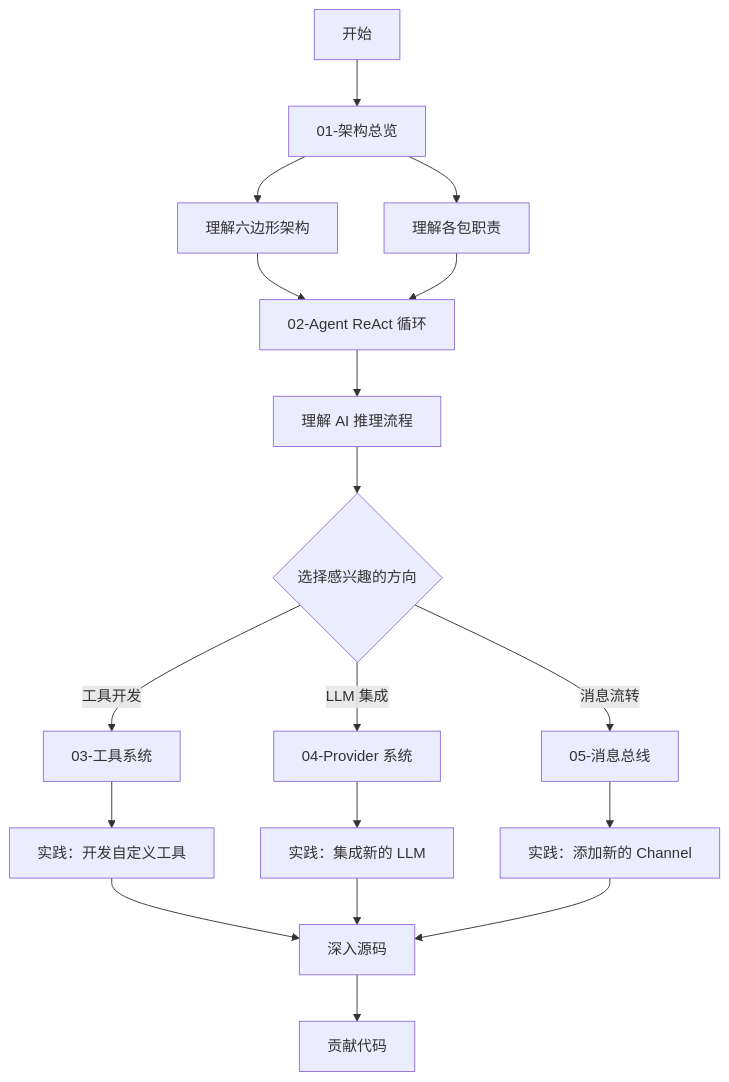
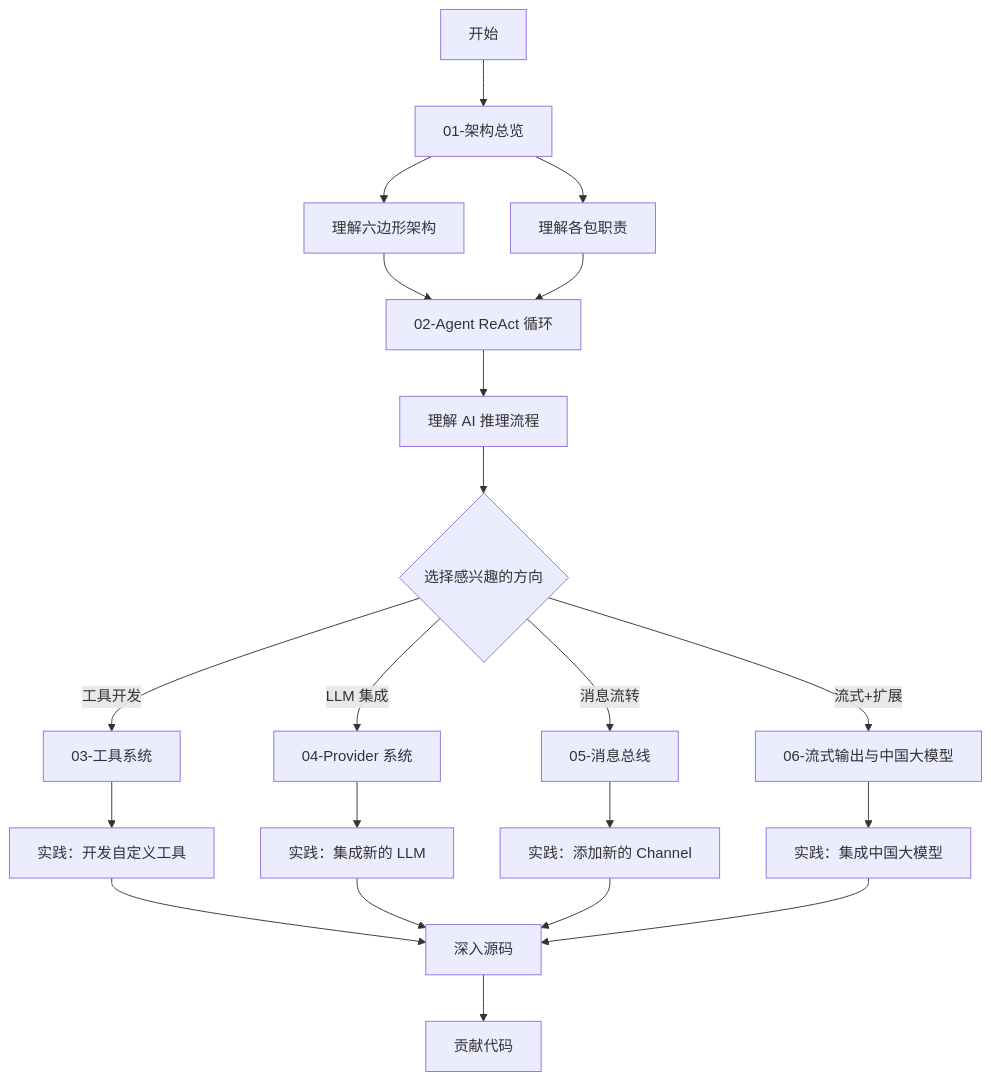
The diagram in docs/study/README.md (strings77wzq/unlimitedClaw), drawn with Mermaid before and after one commit. The commit also changed other lines of this file and 15 other files, not shown here.

````diff
--- a/docs/study/README.md
+++ b/docs/study/README.md
@@ -138,20 +144,23 @@
 ```mermaid
 graph TD
     A[开始] --> B[01-架构总览]
     B --> C[理解六边形架构]
     B --> D[理解各包职责]
     C --> E[02-Agent ReAct 循环]
     D --> E
     E --> F[理解 AI 推理流程]
     F --> G{选择感兴趣的方向}
     G -->|工具开发| H[03-工具系统]
     G -->|LLM 集成| I[04-Provider 系统]
     G -->|消息流转| J[05-消息总线]
+    G -->|流式+扩展| P[06-流式输出与中国大模型]
     H --> K[实践：开发自定义工具]
     I --> L[实践：集成新的 LLM]
     J --> M[实践：添加新的 Channel]
+    P --> Q[实践：集成中国大模型]
     K --> N[深入源码]
     L --> N
     M --> N
+    Q --> N
     N --> O[贡献代码]
 ```
````
